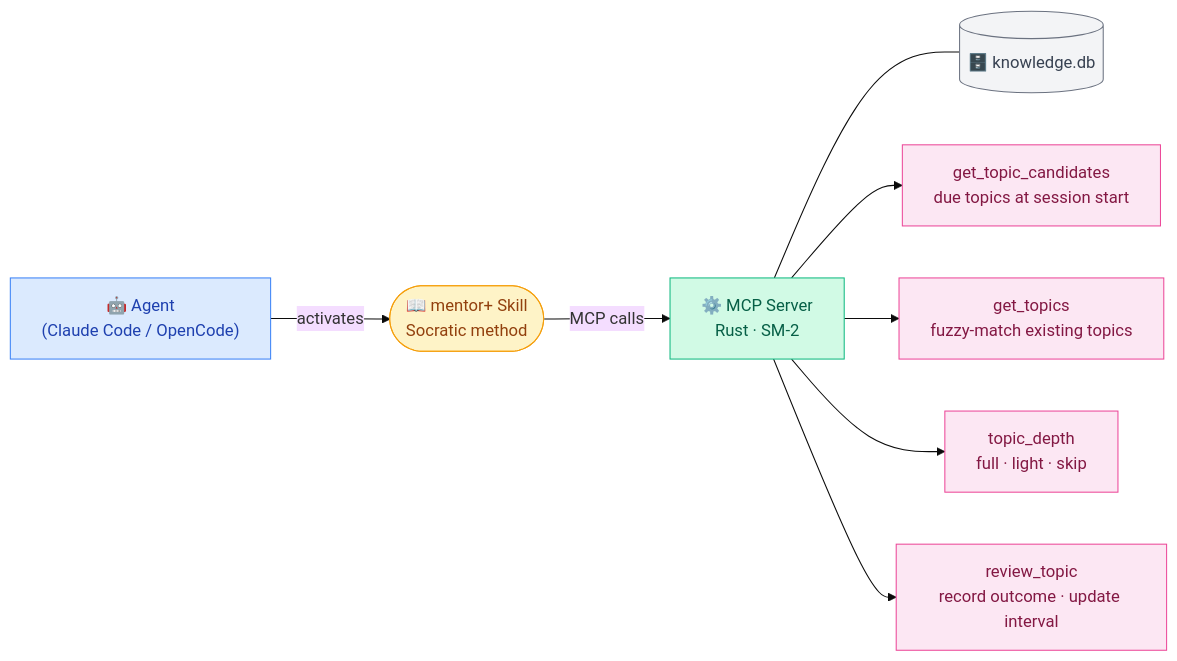
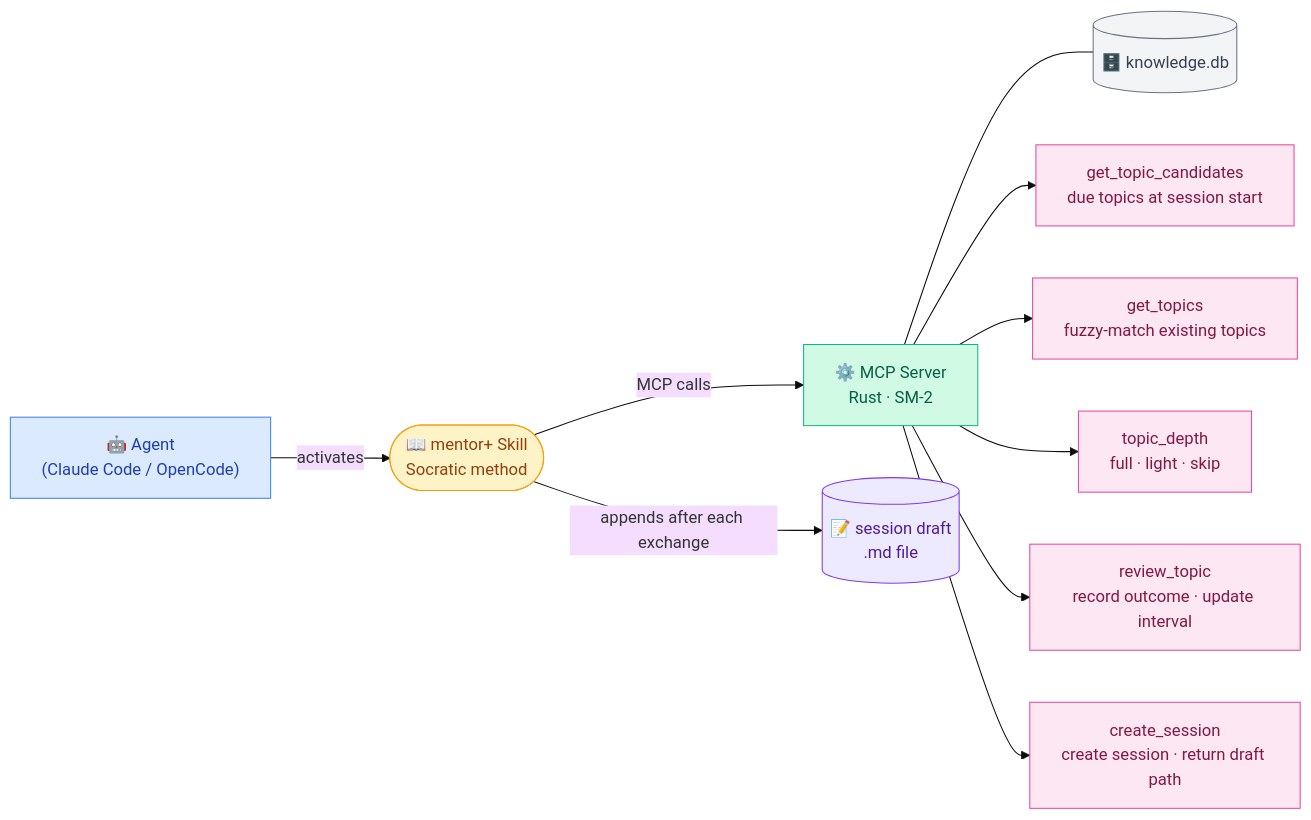
One commit to uittorio/mentor-plugin changed the first of 2 diagrams in README.md. Above: the diagram before and after it, drawn with Mermaid (base theme). The commit also changed other lines of this file and 8 other files, not shown here.

````diff
--- a/README.md
+++ b/README.md
@@ -24,17 +31,20 @@
 ```mermaid
 graph LR
     classDef agent fill:#dbeafe,stroke:#3b82f6,color:#1e40af
     classDef skill fill:#fef3c7,stroke:#f59e0b,color:#92400e
     classDef mcp fill:#d1fae5,stroke:#10b981,color:#065f46
     classDef db fill:#f3f4f6,stroke:#6b7280,color:#374151
     classDef tool fill:#fce7f3,stroke:#ec4899,color:#831843
+    classDef file fill:#ede9fe,stroke:#7c3aed,color:#4c1d95
 
     A["🤖 Agent\n(Claude Code / OpenCode)"]:::agent -->|activates| SK(["📖 mentor+ Skill\nSocratic method"]):::skill
     SK -->|MCP calls| MCP["⚙️ MCP Server\nRust · SM-2"]:::mcp
     MCP --- DB[("🗄️ knowledge.db")]:::db
+    SK -->|appends after each exchange| DRAFT[("📝 session draft\n.md file")]:::file
 
     MCP --> T1["get_topic_candidates\ndue topics at session start"]:::tool
     MCP --> T2["get_topics\nfuzzy-match existing topics"]:::tool
     MCP --> T3["topic_depth\nfull · light · skip"]:::tool
     MCP --> T4["review_topic\nrecord outcome · update interval"]:::tool
+    MCP --> T5["create_session\ncreate session · return draft path"]:::tool
 ```
````
